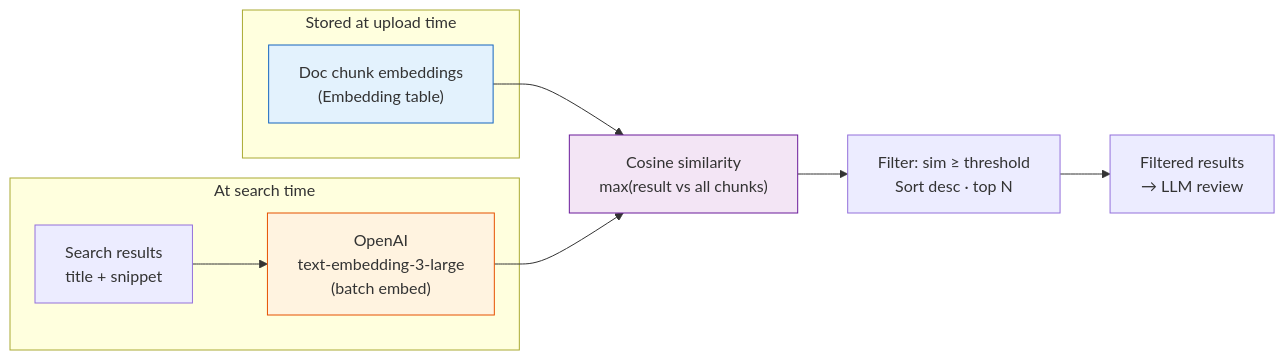
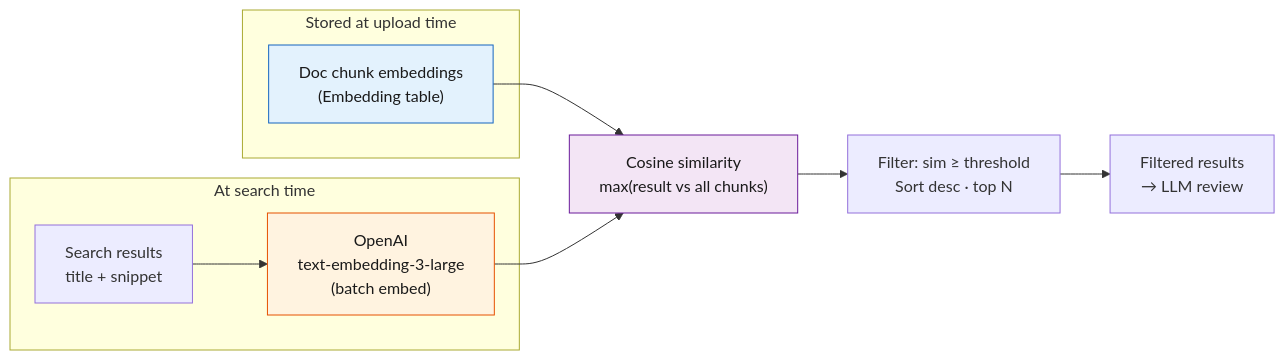
One commit to hubenschmidt/pina-colada changed the sixth of 10 diagrams in README.md. Above: the diagram before and after it, drawn with Mermaid. The commit also changed other lines of this file, not shown here.

Commit message:
update mermaid graph

````diff
--- a/README.md
+++ b/README.md
@@ -274,20 +274,20 @@
 ```mermaid
 flowchart LR
     subgraph STORED["Stored at upload time"]
         DC["Doc chunk embeddings<br/>(Embedding table)"]
     end
 
     subgraph RUNTIME["At search time"]
         SR["Search results<br/>title + snippet"] --> OAI["OpenAI<br/>text-embedding-3-large<br/>(batch embed)"]
     end
 
     DC --> COS["Cosine similarity<br/>max(result vs all chunks)"]
     OAI --> COS
 
     COS --> FILTER["Filter: sim ≥ threshold<br/>Sort desc · top N"]
     FILTER --> OUT["Filtered results<br/>→ LLM review"]
 
-    style DC fill:#e3f2fd,stroke:#1565c0
-    style OAI fill:#fff3e0,stroke:#e65100
-    style COS fill:#f3e5f5,stroke:#6a1b9a
+    style DC fill:#e3f2fd,stroke:#1565c0,color:#1a1a1a
+    style OAI fill:#fff3e0,stroke:#e65100,color:#1a1a1a
+    style COS fill:#f3e5f5,stroke:#6a1b9a,color:#1a1a1a
 ```
````
